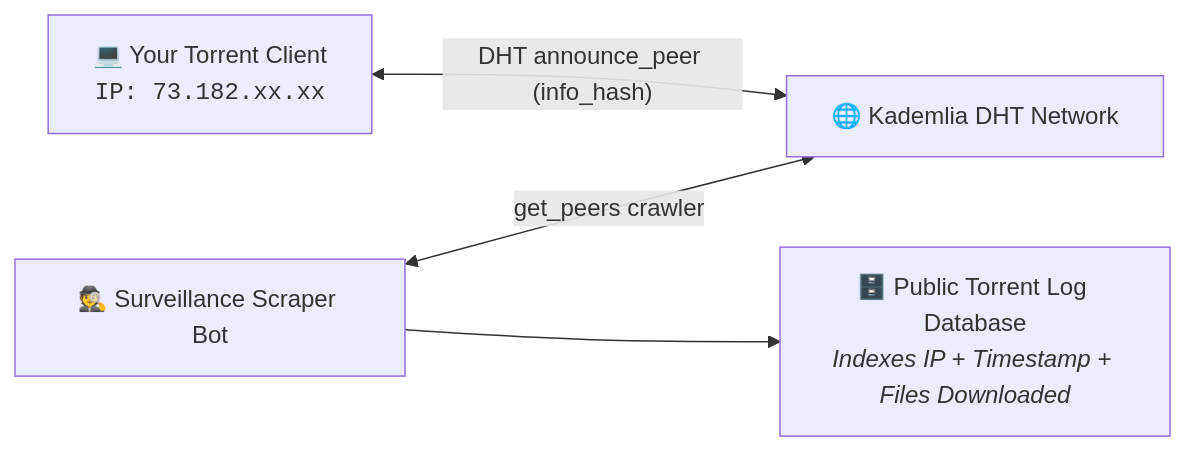
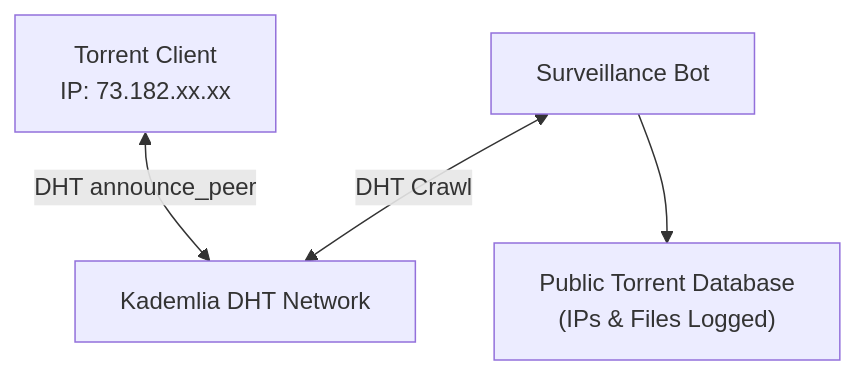
Before and after one commit to DaddyZyn/Cyber-security-notes: the third of 3 diagrams in topics/07-legacy-exploits-ip-harvesting-and-lan-attacks/README.md, drawn with Mermaid. The commit also changed other lines of this file and 19 other files, not shown here.

Commit message:
fix: overhaul all Mermaid diagrams with clean vertical layouts and short line-wrapping to prevent GitHub clipping

````diff
--- a/topics/07-legacy-exploits-ip-harvesting-and-lan-attacks/README.md
+++ b/topics/07-legacy-exploits-ip-harvesting-and-lan-attacks/README.md
@@ -130,6 +130,6 @@
 ```mermaid
-flowchart LR
-    Client["💻 Your Torrent Client<br><code>IP: 73.182.xx.xx</code>"] <-->|"DHT announce_peer (info_hash)"| DHT["🌐 Kademlia DHT Network"]
-    Crawler["🕵️ Surveillance Scraper Bot"] <-->|"get_peers crawler"| DHT
-    Crawler --> DB["🗄️ Public Torrent Log Database<br><i>Indexes IP + Timestamp + Files Downloaded</i>"]
+flowchart TD
+    Client["Torrent Client<br/>IP: 73.182.xx.xx"] <-->|DHT announce_peer| DHT["Kademlia DHT Network"]
+    Crawler["Surveillance Bot"] <-->|DHT Crawl| DHT
+    Crawler --> DB["Public Torrent Database<br/>(IPs & Files Logged)"]
 ```
````
